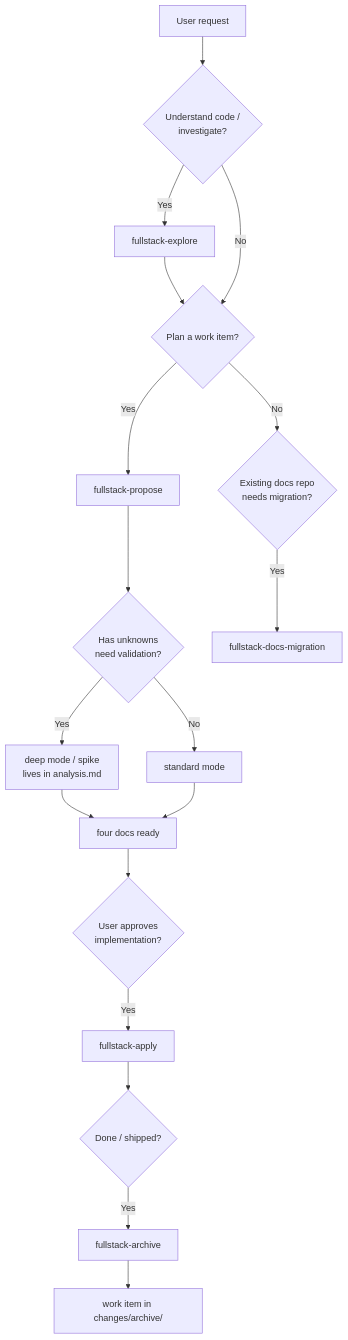
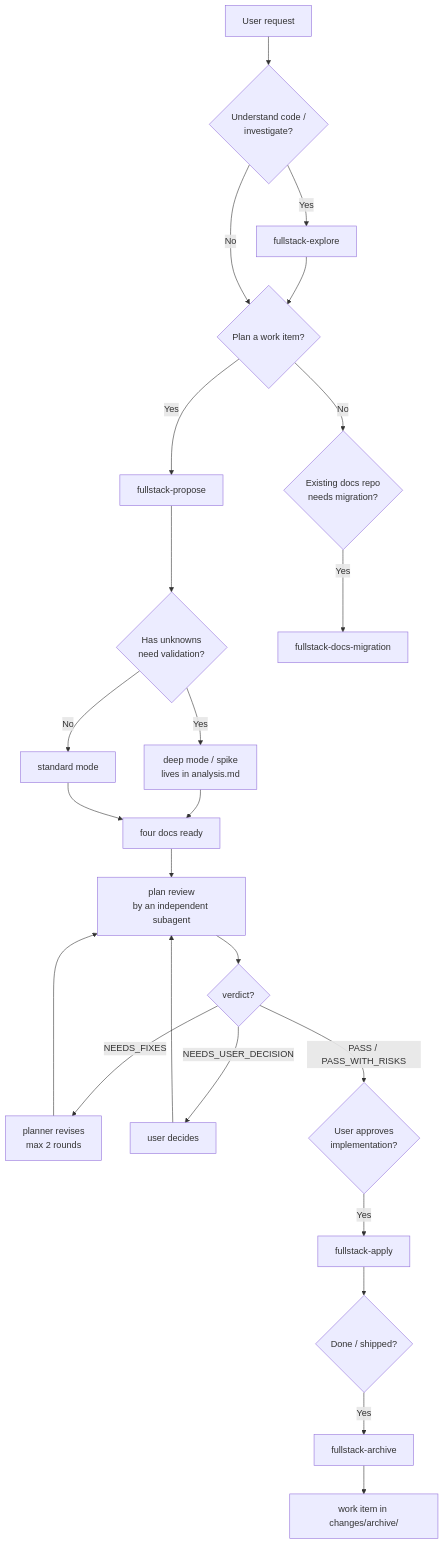
The first of 2 diagrams in docs/fullstack/workflows.md (jie-meng/mythril-agent-skills), drawn with Mermaid before and after one commit. The commit also changed other lines of this file and 14 other files, not shown here.

````diff
--- a/docs/fullstack/workflows.md
+++ b/docs/fullstack/workflows.md
@@ -11,21 +11,27 @@
 ```mermaid
 flowchart TD
     A[User request] --> B{Understand code /<br/>investigate?}
     B -- Yes --> E[fullstack-explore]
     E --> C
     B -- No --> C
     C{Plan a work item?}
     C -- Yes --> P[fullstack-propose]
     P --> P2{Has unknowns<br/>need validation?}
     P2 -- Yes --> P3[deep mode / spike<br/>lives in analysis.md]
     P2 -- No --> P4[standard mode]
     P3 --> P5[four docs ready]
     P4 --> P5
-    P5 --> I{User approves<br/>implementation?}
+    P5 --> P6[plan review<br/>by an independent subagent]
+    P6 --> P7{verdict?}
+    P7 -- "NEEDS_FIXES" --> P8[planner revises<br/>max 2 rounds]
+    P8 --> P6
+    P7 -- "NEEDS_USER_DECISION" --> P9[user decides]
+    P9 --> P6
+    P7 -- "PASS / PASS_WITH_RISKS" --> I{User approves<br/>implementation?}
     I -- Yes --> A2[fullstack-apply]
     A2 --> A3{Done / shipped?}
     A3 -- Yes --> AR[fullstack-archive]
     AR --> Z[work item in changes/archive/]
     C -- No --> D{Existing docs repo<br/>needs migration?}
     D -- Yes --> M[fullstack-docs-migration]
 ```
````
